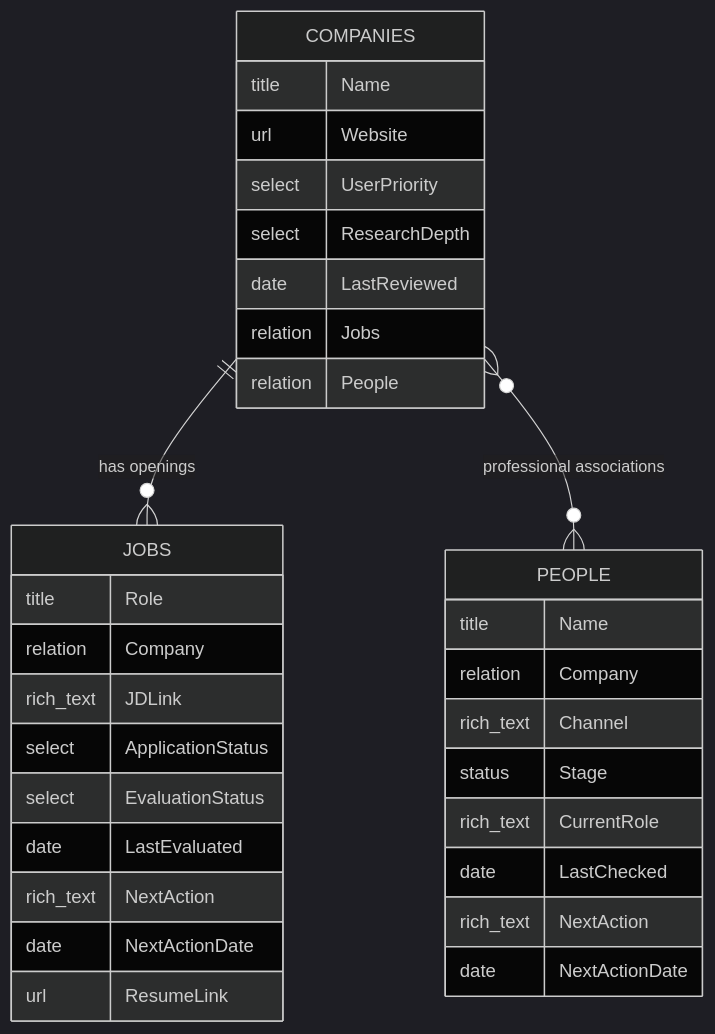
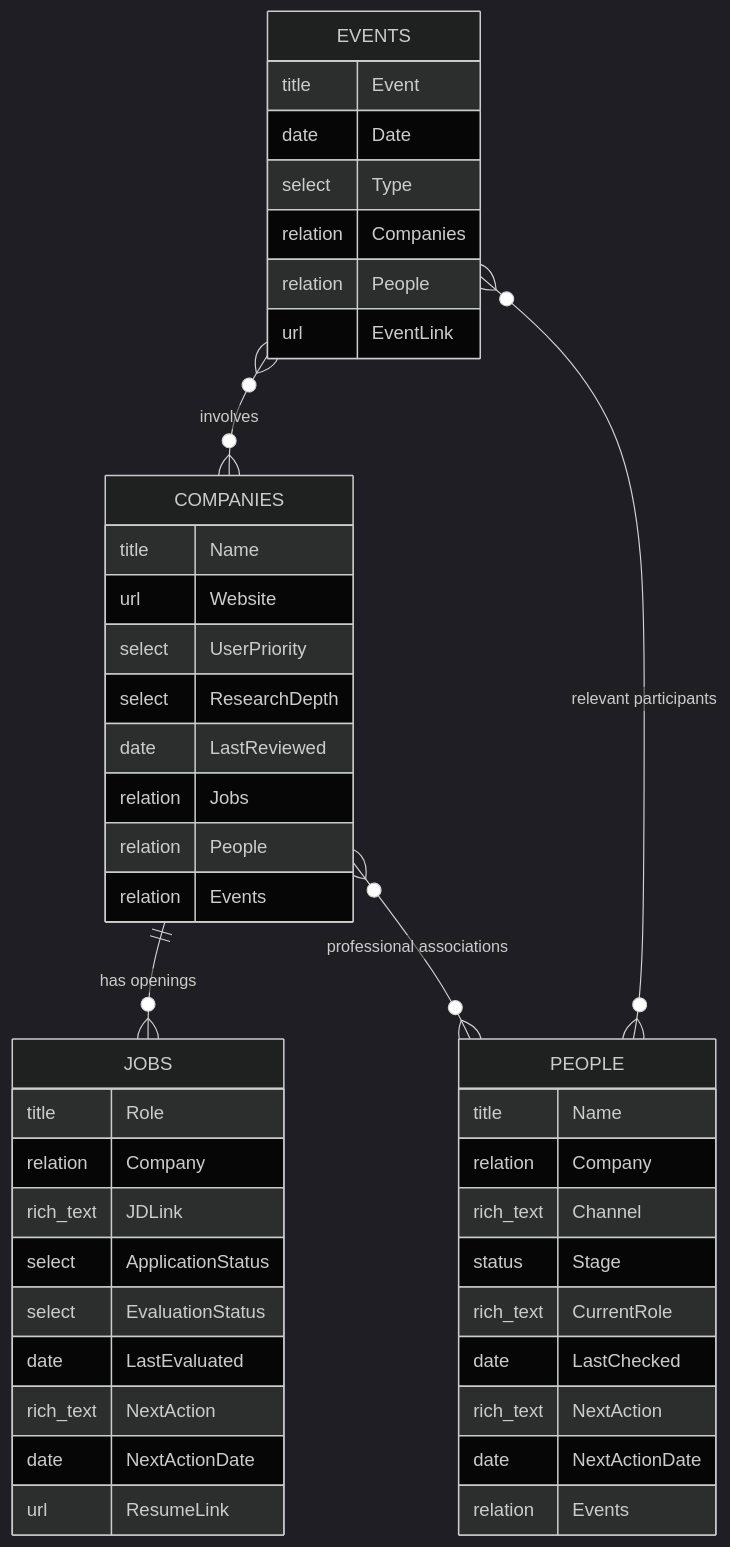
The diagram in docs/database-schema.md (hieu-nguyen-nth/personal-recruiting-system), drawn with Mermaid (dark theme) before and after one commit. The commit also changed other lines of this file and 18 other files, not shown here.

Commit message:
Add event-level interactions linked to companies and people

````diff
--- a/docs/database-schema.md
+++ b/docs/database-schema.md
@@ -7,36 +7,48 @@
 ```mermaid
 erDiagram
     COMPANIES ||--o{ JOBS : "has openings"
     COMPANIES }o--o{ PEOPLE : "professional associations"
+    EVENTS }o--o{ COMPANIES : "involves"
+    EVENTS }o--o{ PEOPLE : "relevant participants"
 
     COMPANIES {
         title Name
         url Website
         select UserPriority
         select ResearchDepth
         date LastReviewed
         relation Jobs
         relation People
+        relation Events
     }
     JOBS {
         title Role
         relation Company
         rich_text JDLink
         select ApplicationStatus
         select EvaluationStatus
         date LastEvaluated
         rich_text NextAction
         date NextActionDate
         url ResumeLink
     }
     PEOPLE {
         title Name
         relation Company
         rich_text Channel
         status Stage
         rich_text CurrentRole
         date LastChecked
         rich_text NextAction
         date NextActionDate
+        relation Events
+    }
+    EVENTS {
+        title Event
+        date Date
+        select Type
+        relation Companies
+        relation People
+        url EventLink
     }
 ```
````
